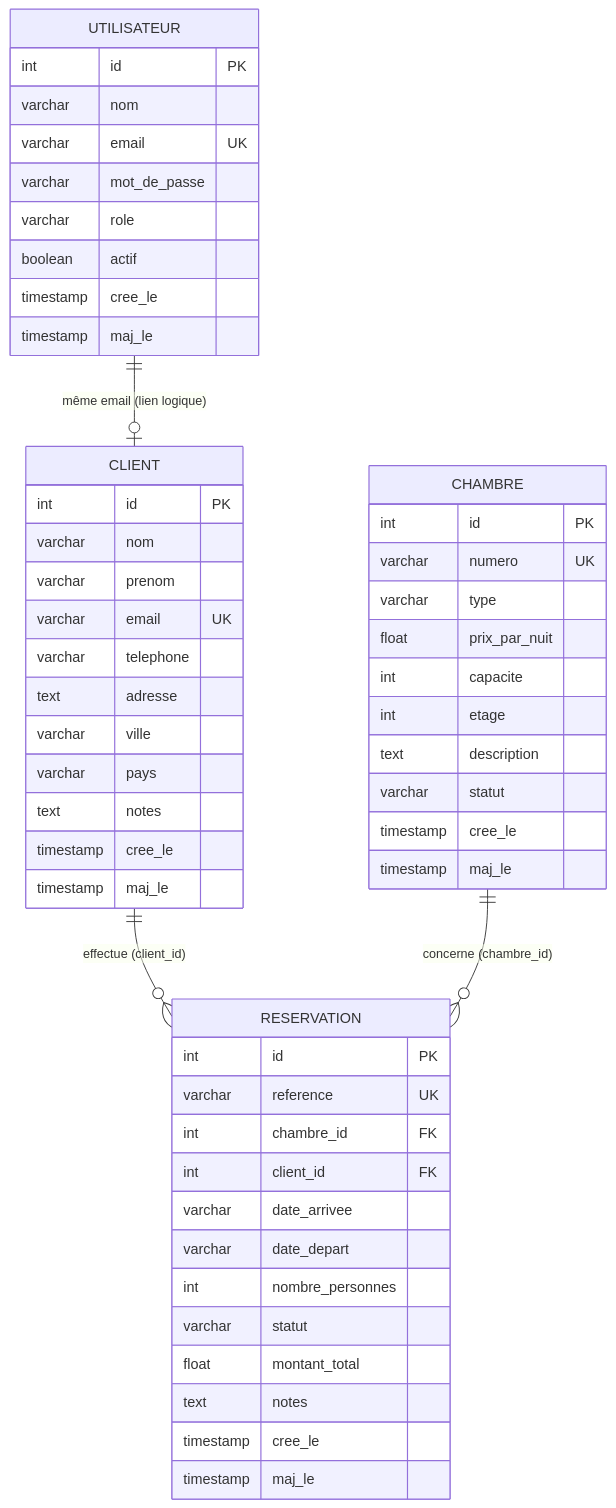
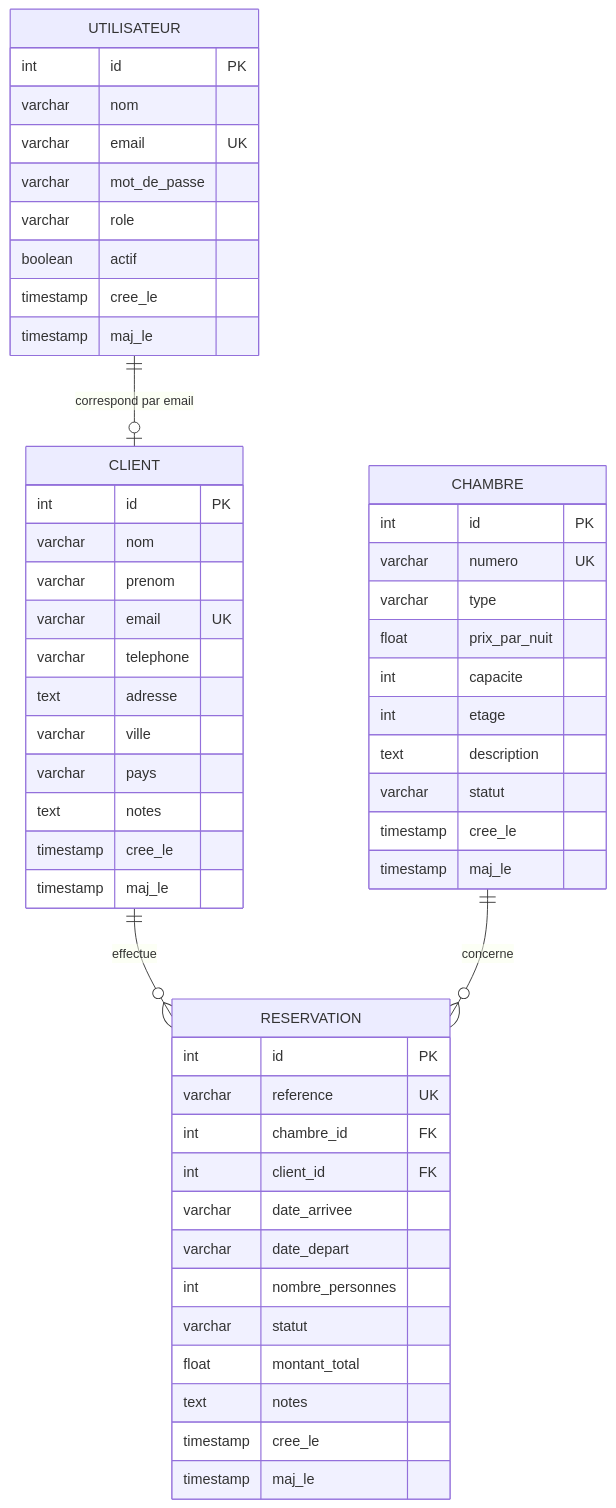
One commit to IsholaRsk/ArenaHotels changed the third of 3 diagrams in docs/conception.md. Above: the diagram before and after it, drawn with Mermaid. The commit also changed other lines of this file, not shown here.

Commit message:
Conception: diagrammes (cas d'utilisation, classes, MLDR) alignes sur le schema UML de reference

````diff
--- a/docs/conception.md
+++ b/docs/conception.md
@@ -197,56 +186,56 @@
 ```mermaid
 erDiagram
-  UTILISATEUR ||--o| CLIENT : "même email (lien logique)"
-  CLIENT ||--o{ RESERVATION : "effectue (client_id)"
-  CHAMBRE ||--o{ RESERVATION : "concerne (chambre_id)"
+  UTILISATEUR ||--o| CLIENT : "correspond par email"
+  CLIENT ||--o{ RESERVATION : "effectue"
+  CHAMBRE ||--o{ RESERVATION : "concerne"
 
   UTILISATEUR {
     int id PK
     varchar nom
     varchar email UK
     varchar mot_de_passe
     varchar role
     boolean actif
     timestamp cree_le
     timestamp maj_le
   }
   CLIENT {
     int id PK
     varchar nom
     varchar prenom
     varchar email UK
     varchar telephone
     text adresse
     varchar ville
     varchar pays
     text notes
     timestamp cree_le
     timestamp maj_le
   }
   CHAMBRE {
     int id PK
     varchar numero UK
     varchar type
     float prix_par_nuit
     int capacite
     int etage
     text description
     varchar statut
     timestamp cree_le
     timestamp maj_le
   }
   RESERVATION {
     int id PK
     varchar reference UK
     int chambre_id FK
     int client_id FK
     varchar date_arrivee
     varchar date_depart
     int nombre_personnes
     varchar statut
     float montant_total
     text notes
     timestamp cree_le
     timestamp maj_le
   }
 ```
````
